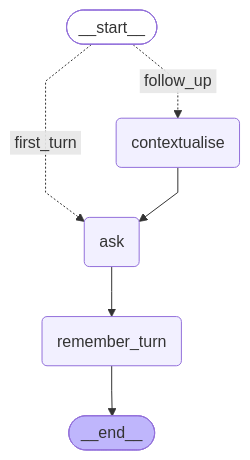
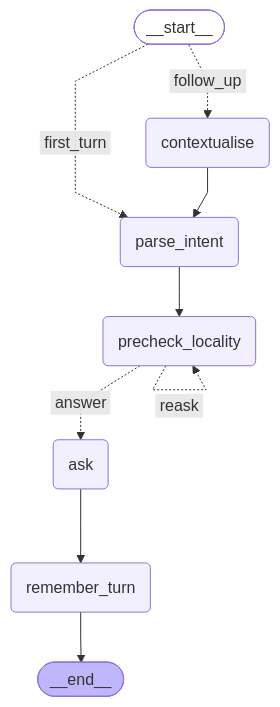
The diagram in docs/graphs/chat_graph.md (jdhc3m/ndis-provider-navigator), drawn with Mermaid before and after one commit. The commit also changed other lines of this file and 37 other files, not shown here.

````diff
--- a/docs/graphs/chat_graph.md
+++ b/docs/graphs/chat_graph.md
@@ -12,22 +20,27 @@
 ```mermaid
 ---
 config:
   flowchart:
     curve: linear
 ---
 graph TD;
 	__start__([<p>__start__</p>]):::first
 	contextualise(contextualise)
+	parse_intent(parse_intent)
+	precheck_locality(precheck_locality)
 	ask(ask)
 	remember_turn(remember_turn)
 	__end__([<p>__end__</p>]):::last
-	__start__ -. &nbsp;first_turn&nbsp; .-> ask;
 	__start__ -. &nbsp;follow_up&nbsp; .-> contextualise;
+	__start__ -. &nbsp;first_turn&nbsp; .-> parse_intent;
 	ask --> remember_turn;
-	contextualise --> ask;
+	contextualise --> parse_intent;
+	parse_intent --> precheck_locality;
+	precheck_locality -. &nbsp;answer&nbsp; .-> ask;
 	remember_turn --> __end__;
+	precheck_locality -. &nbsp;reask&nbsp; .-> precheck_locality;
 	classDef default fill:#f2f0ff,line-height:1.2
 	classDef first fill-opacity:0
 	classDef last fill:#bfb6fc
 
 ```
````
